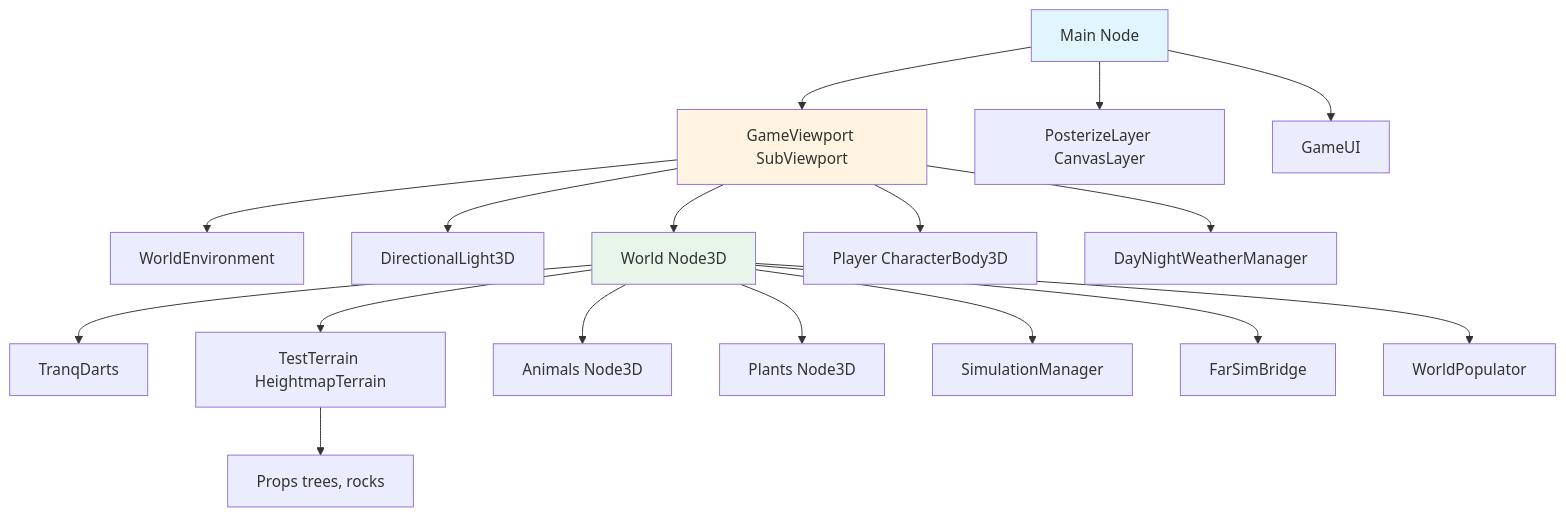
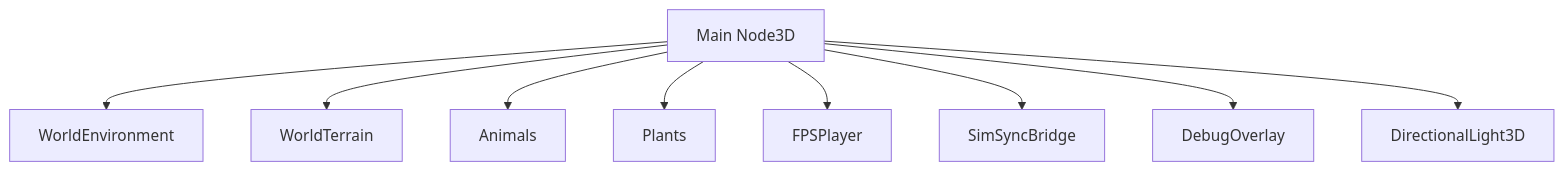
One commit to StevenGann/BiologyGame changed the first of 4 diagrams in docs/architecture.md. Above: the diagram before and after it, drawn with Mermaid. The commit also changed other lines of this file and 12 other files, not shown here.

````diff
--- a/docs/architecture.md
+++ b/docs/architecture.md
@@ -7,27 +7,13 @@
 ```mermaid
-graph TB
-    Main[Main Node]
-    Main --> GameViewport[GameViewport SubViewport]
-    Main --> PosterizeLayer[PosterizeLayer CanvasLayer]
-    Main --> GameUI[GameUI]
-    
-    GameViewport --> WorldEnv[WorldEnvironment]
-    GameViewport --> DirLight[DirectionalLight3D]
-    GameViewport --> World[World Node3D]
-    GameViewport --> Player[Player CharacterBody3D]
-    GameViewport --> DayNight[DayNightWeatherManager]
-    
-    World --> TranqDarts[TranqDarts]
-    World --> TestTerrain[TestTerrain HeightmapTerrain]
-    World --> Animals[Animals Node3D]
-    World --> Plants[Plants Node3D]
-    World --> SimMgr[SimulationManager]
-    World --> FarBridge[FarSimBridge]
-    World --> WorldPopulator[WorldPopulator]
-    
-    TestTerrain --> Props[Props trees, rocks]
-    
-    style Main fill:#e1f5ff
-    style GameViewport fill:#fff4e1
-    style World fill:#e8f5e9
+flowchart TB
+    Main[Main Node3D]
+
+    Main --> WorldEnv[WorldEnvironment]
+    Main --> WorldTerrain[WorldTerrain]
+    Main --> Animals[Animals]
+    Main --> Plants[Plants]
+    Main --> FPSPlayer[FPSPlayer]
+    Main --> SimBridge[SimSyncBridge]
+    Main --> DebugOverlay[DebugOverlay]
+    Main --> DirLight[DirectionalLight3D]
 ```
````
